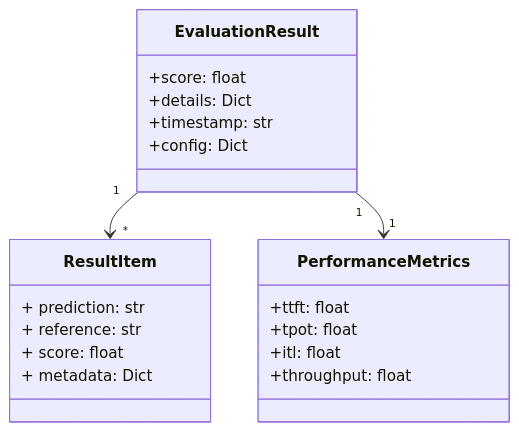
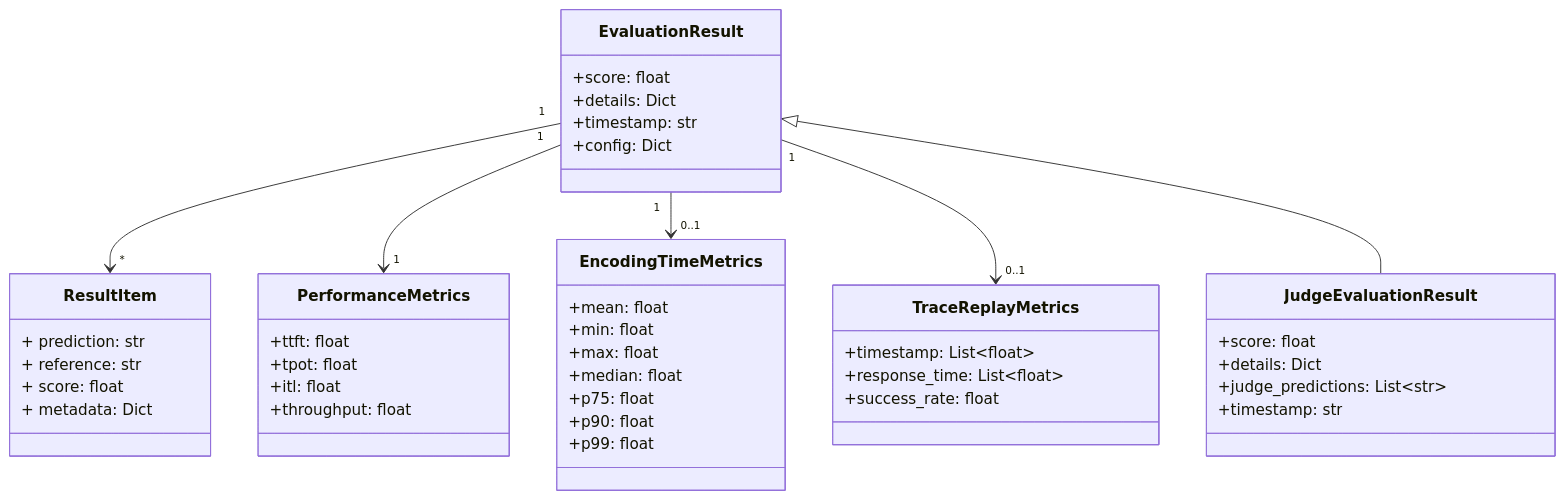
One commit to AISBench/benchmark changed the fifth of 22 diagrams in docs/source_zh_cn/design/AISBench V3.1组件实现设计说明书.md. Above: the diagram before and after it, drawn with Mermaid. The commit also changed other lines of this file, not shown here.

````diff
--- a/docs/source_zh_cn/design/AISBench V3.1组件实现设计说明书.md
+++ b/docs/source_zh_cn/design/AISBench V3.1组件实现设计说明书.md
@@ -717,26 +985,52 @@
 ```mermaid
 classDiagram
     class EvaluationResult {
         +score: float
         +details: Dict
         +timestamp: str
         +config: Dict
     }
 
     class ResultItem {
         + prediction: str
         + reference: str
         + score: float
         + metadata: Dict
     }
 
     class PerformanceMetrics {
         +ttft: float
         +tpot: float
         +itl: float
         +throughput: float
     }
 
+    class EncodingTimeMetrics {
+        +mean: float
+        +min: float
+        +max: float
+        +median: float
+        +p75: float
+        +p90: float
+        +p99: float
+    }
+
+    class TraceReplayMetrics {
+        +timestamp: List~float~
+        +response_time: List~float~
+        +success_rate: float
+    }
+
+    class JudgeEvaluationResult {
+        +score: float
+        +details: Dict
+        +judge_predictions: List~str~
+        +timestamp: str
+    }
+
     EvaluationResult "1" --> "*" ResultItem
     EvaluationResult "1" --> "1" PerformanceMetrics
+    EvaluationResult "1" --> "0..1" EncodingTimeMetrics
+    EvaluationResult "1" --> "0..1" TraceReplayMetrics
+    EvaluationResult <|-- JudgeEvaluationResult
 ```
````
